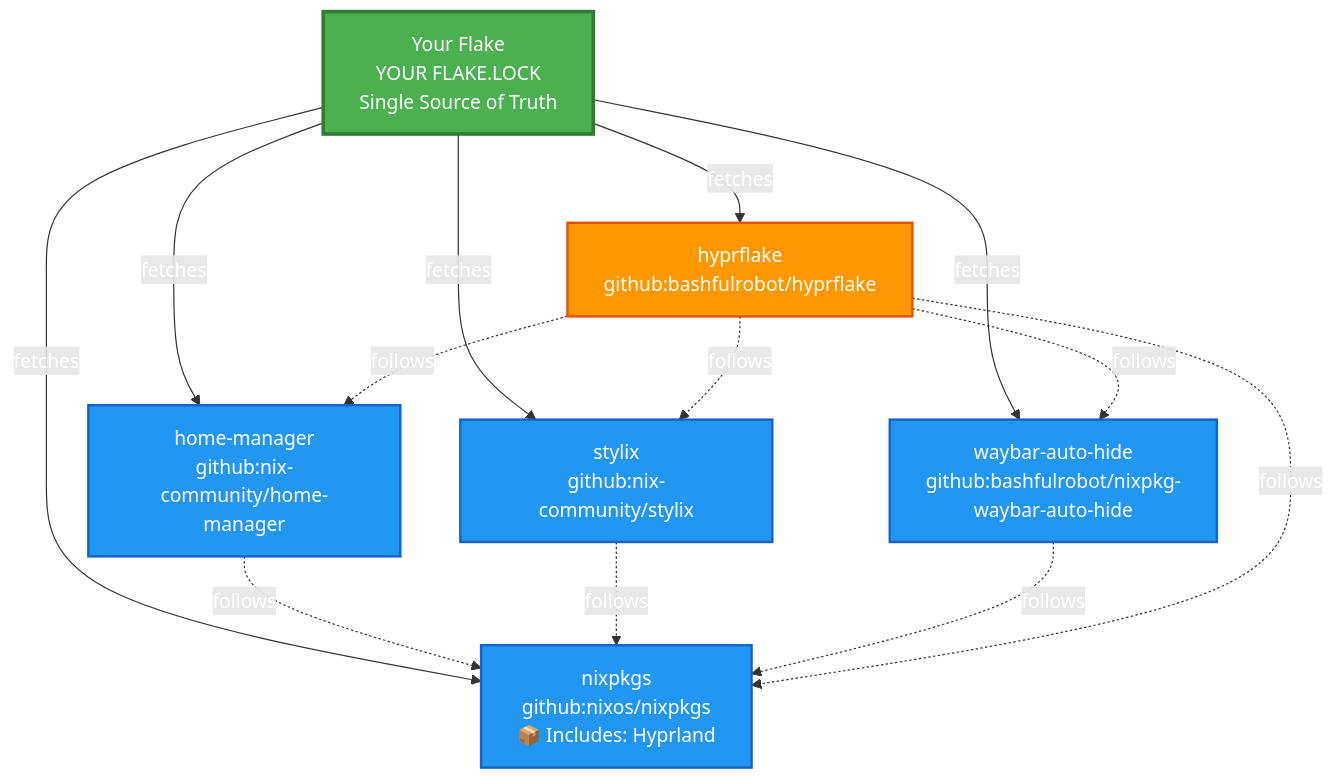
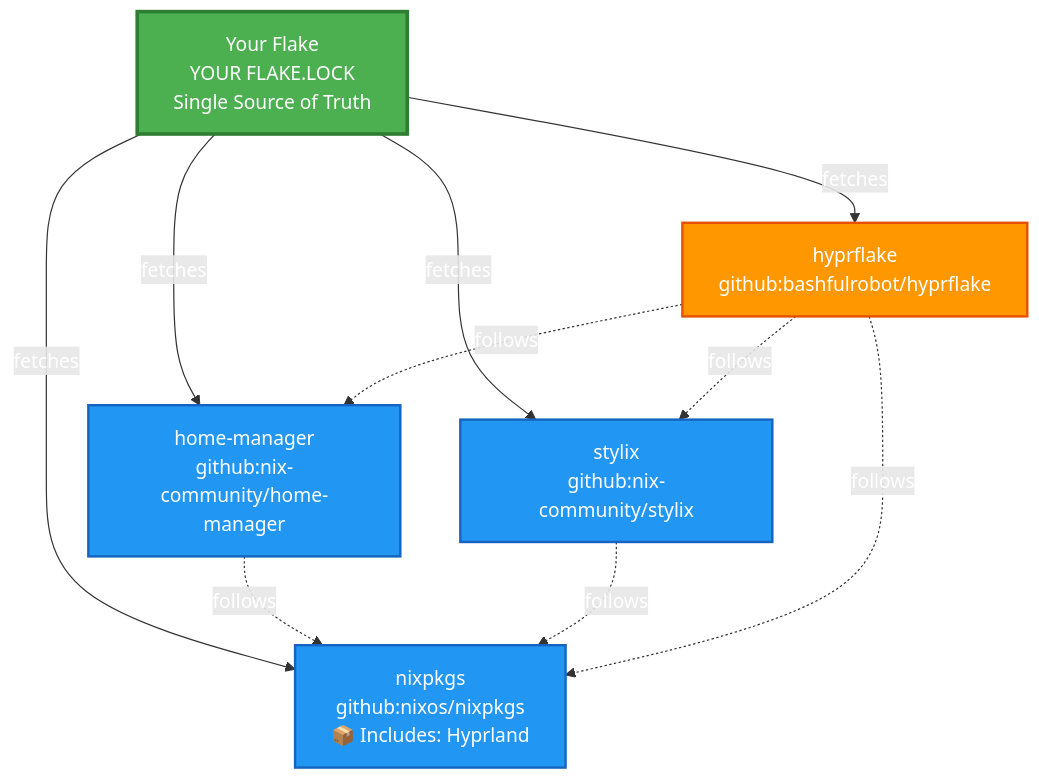
The diagram in docs/input-management.md (bashfulrobot/hyprflake), drawn with Mermaid before and after one commit. The commit also changed other lines of this file and 10 other files, not shown here.

````diff
--- a/docs/input-management.md
+++ b/docs/input-management.md
@@ -9,39 +9,35 @@
 ```mermaid
 graph TD
     %% Root flake
     consumer[Your Flake<br/>YOUR FLAKE.LOCK<br/>Single Source of Truth]
 
     %% Direct inputs from GitHub
     nixpkgs[nixpkgs<br/>github:nixos/nixpkgs<br/>📦 Includes: Hyprland]
     home-manager[home-manager<br/>github:nix-community/home-manager]
     stylix[stylix<br/>github:nix-community/stylix]
-    waybar-auto-hide[waybar-auto-hide<br/>github:bashfulrobot/nixpkg-waybar-auto-hide]
     hyprflake[hyprflake<br/>github:bashfulrobot/hyprflake]
 
     %% Consumer's direct inputs
     consumer -->|fetches| nixpkgs
     consumer -->|fetches| home-manager
     consumer -->|fetches| stylix
-    consumer -->|fetches| waybar-auto-hide
     consumer -->|fetches| hyprflake
 
     %% Follows relationships from direct inputs
     home-manager -.->|follows| nixpkgs
     stylix -.->|follows| nixpkgs
-    waybar-auto-hide -.->|follows| nixpkgs
 
     %% hyprflake's inputs (ALL overridden via follows)
     hyprflake -.->|follows| nixpkgs
     hyprflake -.->|follows| home-manager
     hyprflake -.->|follows| stylix
-    hyprflake -.->|follows| waybar-auto-hide
 
     %% Styling
     classDef root fill:#4CAF50,stroke:#2E7D32,stroke-width:3px,color:#fff
     classDef controlled fill:#2196F3,stroke:#1565C0,stroke-width:2px,color:#fff
     classDef followed fill:#FF9800,stroke:#E65100,stroke-width:2px,color:#fff
 
     class consumer root
-    class nixpkgs,home-manager,stylix,waybar-auto-hide controlled
+    class nixpkgs,home-manager,stylix controlled
     class hyprflake followed
 ```
````
